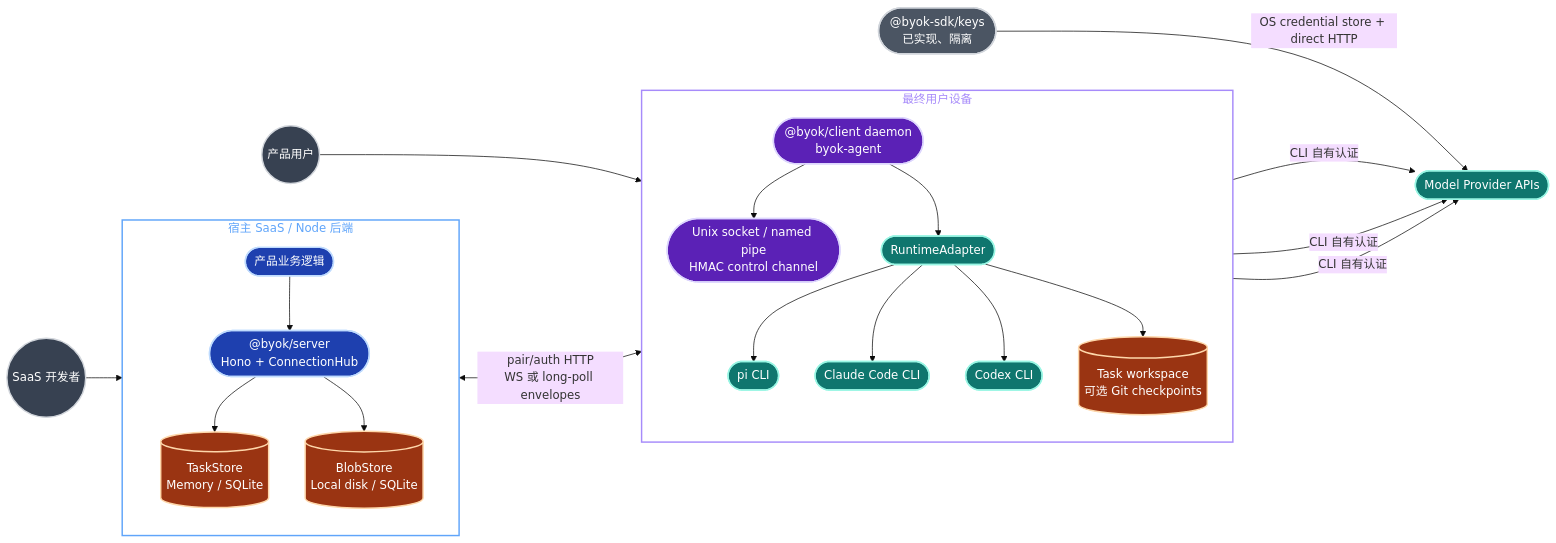
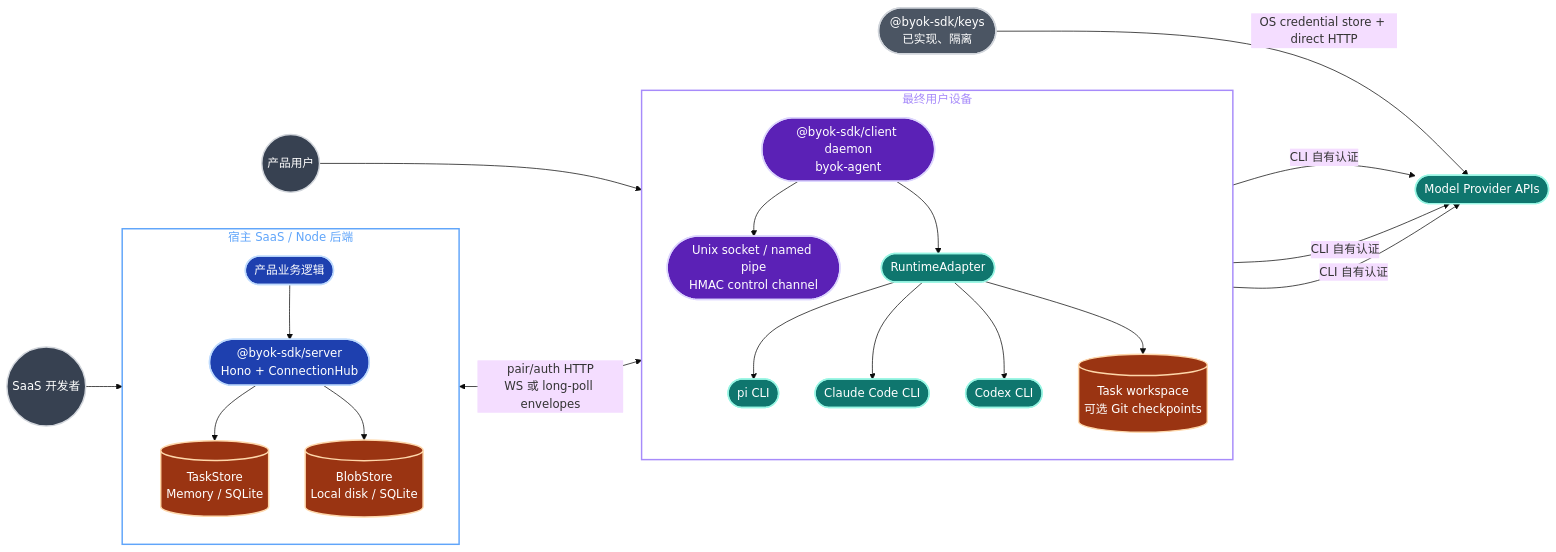
The first of 23 diagrams in docs/architecture/sdk-architecture.md (Ancienttwo/byok-sdk), drawn with Mermaid (base theme) before and after one commit. The commit also changed other lines of this file and 302 other files, not shown here.

Commit message:
feat(release): prepare full BYOK SDK npm graph

````diff
--- a/docs/architecture/sdk-architecture.md
+++ b/docs/architecture/sdk-architecture.md
@@ -33,54 +33,54 @@
 ```mermaid
 flowchart LR
   classDef actor fill:#374151,stroke:#d1d5db,stroke-width:2px,color:#fff
   classDef server fill:#1e40af,stroke:#bfdbfe,stroke-width:2px,color:#fff
   classDef client fill:#5b21b6,stroke:#ddd6fe,stroke-width:2px,color:#fff
   classDef runtime fill:#0f766e,stroke:#99f6e4,stroke-width:2px,color:#fff
   classDef store fill:#9a3412,stroke:#fed7aa,stroke-width:2px,color:#fff
   classDef isolated fill:#4b5563,stroke:#d1d5db,stroke-width:2px,color:#fff
 
   Human(("产品用户")):::actor
   Dev(("SaaS 开发者")):::actor
 
   subgraph SaaS["宿主 SaaS / Node 后端"]
     direction TB
     App(["产品业务逻辑"]):::server
-    Server(["@byok/server<br/>Hono + ConnectionHub"]):::server
+    Server(["@byok-sdk/server<br/>Hono + ConnectionHub"]):::server
     TaskStore[("TaskStore<br/>Memory / SQLite")]:::store
     BlobStore[("BlobStore<br/>Local disk / SQLite")]:::store
     App --> Server
     Server --> TaskStore
     Server --> BlobStore
   end
 
   subgraph Device["最终用户设备"]
     direction TB
-    Agent(["@byok/client daemon<br/>byok-agent"]):::client
+    Agent(["@byok-sdk/client daemon<br/>byok-agent"]):::client
     IPC(["Unix socket / named pipe<br/>HMAC control channel"]):::client
     Runtime(["RuntimeAdapter"]):::runtime
     Pi(["pi CLI"]):::runtime
     Claude(["Claude Code CLI"]):::runtime
     Codex(["Codex CLI"]):::runtime
     Workspace[("Task workspace<br/>可选 Git checkpoints")]:::store
     Agent --> IPC
     Agent --> Runtime
     Runtime --> Pi
     Runtime --> Claude
     Runtime --> Codex
     Runtime --> Workspace
   end
 
   Provider(["Model Provider APIs"]):::runtime
   Keys(["@byok-sdk/keys<br/>已实现、隔离"]):::isolated
 
   Dev --> App
   Human --> Agent
   Server <-->|"pair/auth HTTP<br/>WS 或 long-poll envelopes"| Agent
   Pi -->|"CLI 自有认证"| Provider
   Claude -->|"CLI 自有认证"| Provider
   Codex -->|"CLI 自有认证"| Provider
   Keys -->|"OS credential store + direct HTTP"| Provider
 
   style SaaS fill:none,stroke:#60a5fa,stroke-width:2px,color:#60a5fa
   style Device fill:none,stroke:#a78bfa,stroke-width:2px,color:#a78bfa
 ```
````
